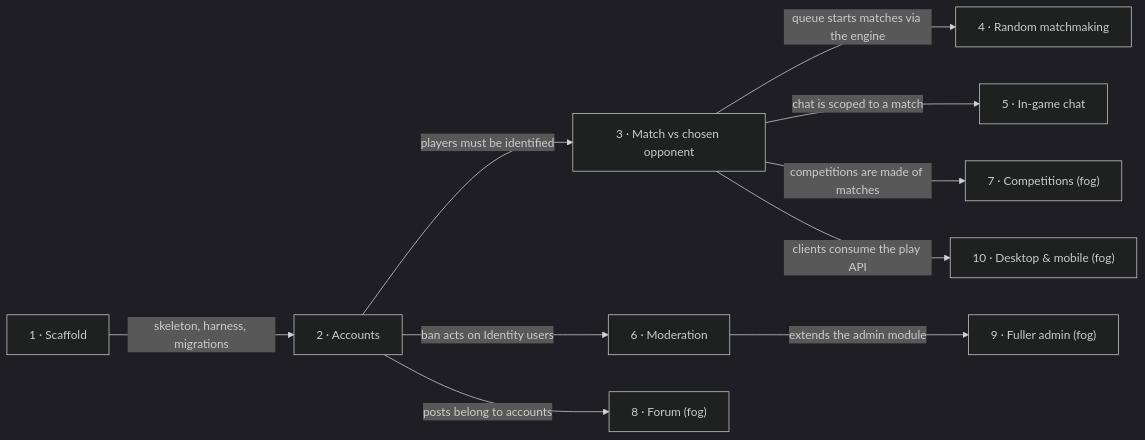
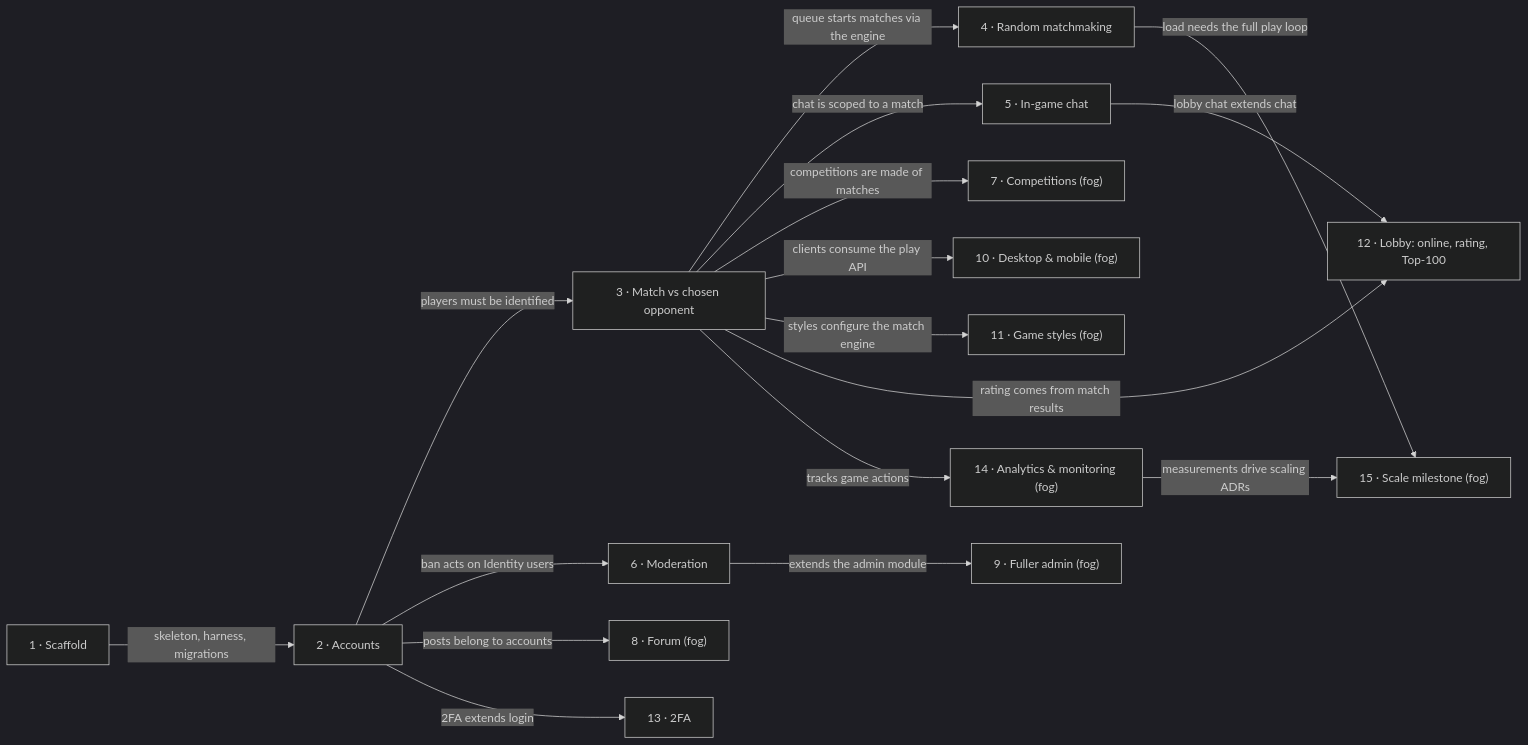
One commit to think-async-au/Rochambeau changed the diagram in docs/roadmap.md. Above: the diagram before and after it, drawn with Mermaid (dark theme). The commit also changed other lines of this file, not shown here.

Commit message:
roadmap: steps 11-15 and D1 from target architecture

````diff
--- a/docs/roadmap.md
+++ b/docs/roadmap.md
@@ -68,12 +77,19 @@
 ```mermaid
 flowchart LR
   s1["1 · Scaffold"] -->|skeleton, harness, migrations| s2["2 · Accounts"]
   s2 -->|players must be identified| s3["3 · Match vs chosen opponent"]
   s2 -->|ban acts on Identity users| s6["6 · Moderation"]
   s3 -->|queue starts matches via the engine| s4["4 · Random matchmaking"]
   s3 -->|chat is scoped to a match| s5["5 · In-game chat"]
   s3 -->|competitions are made of matches| s7["7 · Competitions (fog)"]
   s2 -->|posts belong to accounts| s8["8 · Forum (fog)"]
   s6 -->|extends the admin module| s9["9 · Fuller admin (fog)"]
   s3 -->|clients consume the play API| s10["10 · Desktop & mobile (fog)"]
+  s3 -->|styles configure the match engine| s11["11 · Game styles (fog)"]
+  s3 -->|rating comes from match results| s12["12 · Lobby: online, rating, Top-100"]
+  s5 -->|lobby chat extends chat| s12
+  s2 -->|2FA extends login| s13["13 · 2FA"]
+  s3 -->|tracks game actions| s14["14 · Analytics & monitoring (fog)"]
+  s4 -->|load needs the full play loop| s15["15 · Scale milestone (fog)"]
+  s14 -->|measurements drive scaling ADRs| s15
 ```
````
